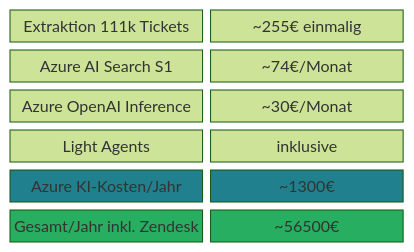
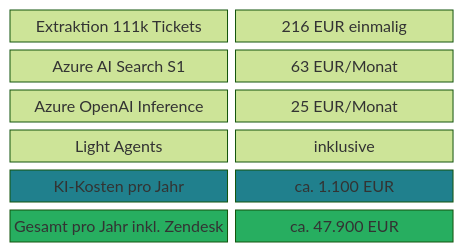
One commit to tekknix/zendesk-ai changed the fourth of 11 diagrams in readme.md. Above: the diagram before and after it, drawn with Mermaid (forest theme). The commit also changed other lines of this file, not shown here.

````diff
--- a/readme.md
+++ b/readme.md
@@ -73,15 +80,15 @@
 ```mermaid
 block-beta
     columns 2
-    A["Extraktion 111k Tickets"]:1 B["~255€ einmalig"]:1
-    C["Azure AI Search S1"]:1 D["~74€/Monat"]:1
-    E["Azure OpenAI Inference"]:1 F["~30€/Monat"]:1
+    A["Extraktion 111k Tickets"]:1 B["216 EUR einmalig"]:1
+    C["Azure AI Search S1"]:1 D["63 EUR/Monat"]:1
+    E["Azure OpenAI Inference"]:1 F["25 EUR/Monat"]:1
     G["Light Agents"]:1 H["inklusive"]:1
-    I["Azure KI-Kosten/Jahr"]:1 J["~1300€"]:1
-    K["Gesamt/Jahr inkl. Zendesk"]:1 L["~56500€"]:1
+    I["KI-Kosten pro Jahr"]:1 J["ca. 1.100 EUR"]:1
+    K["Gesamt pro Jahr inkl. Zendesk"]:1 L["ca. 47.900 EUR"]:1
 
     style I fill:#20808D,color:#fff
     style J fill:#20808D,color:#fff
     style K fill:#27AE60,color:#fff
     style L fill:#27AE60,color:#fff
 ```
````
